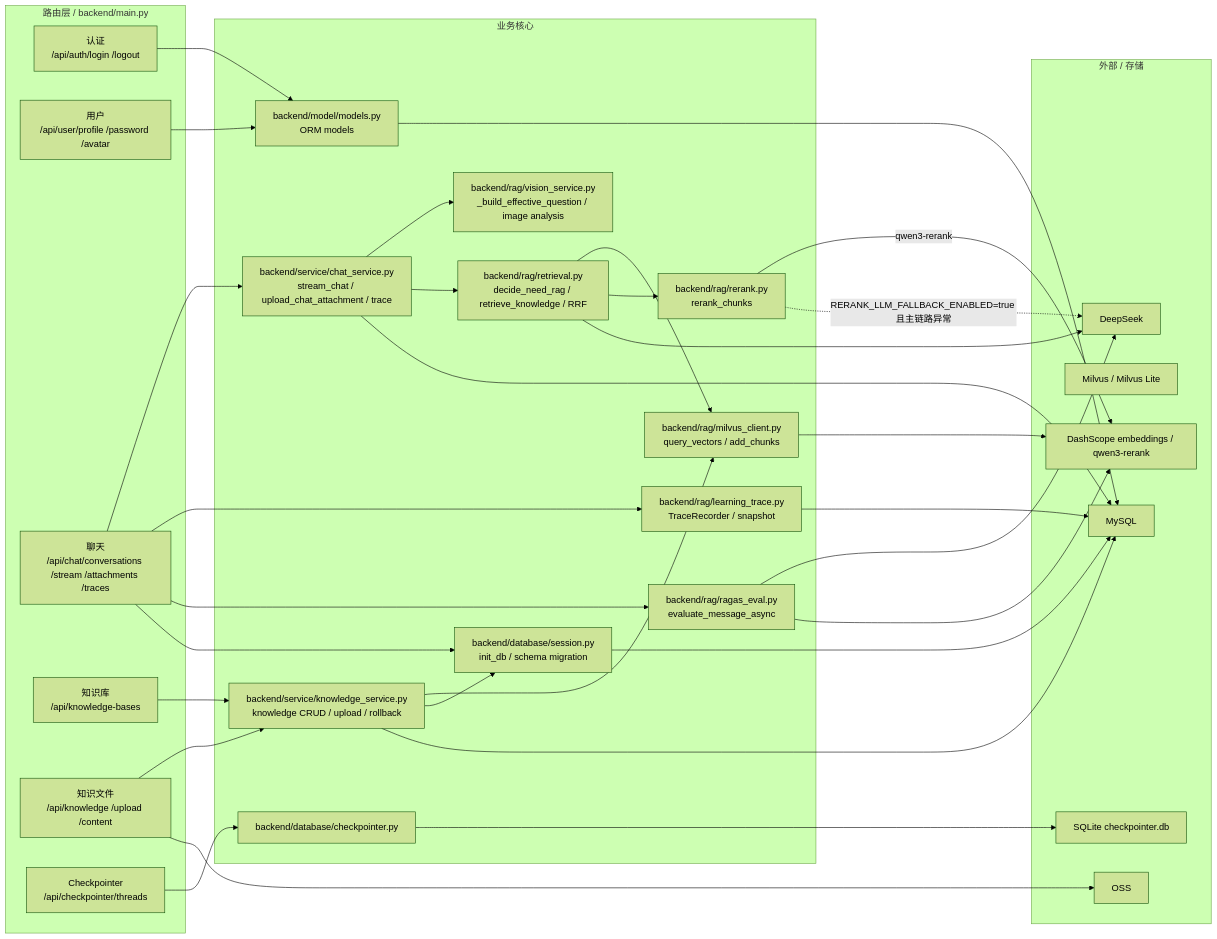
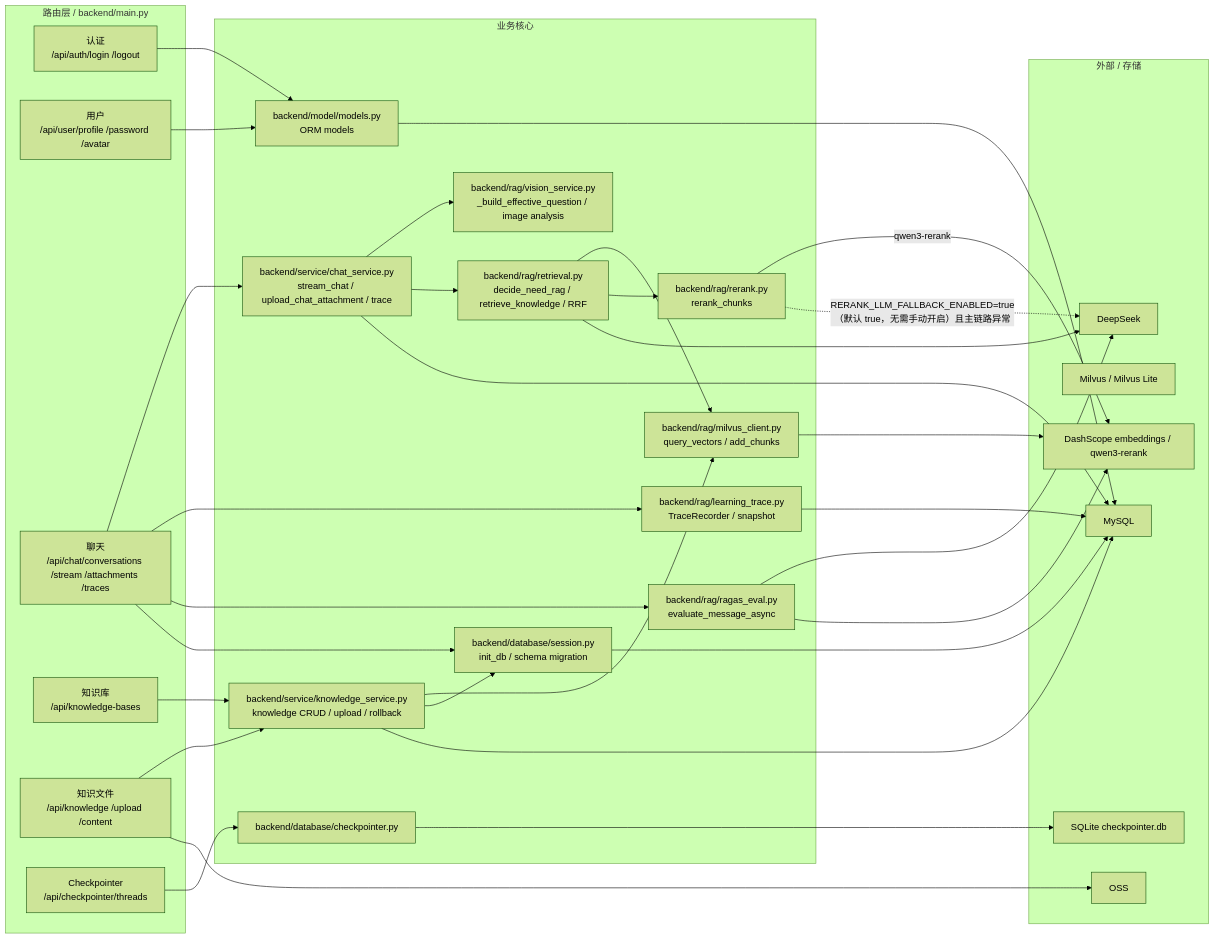
The third of 8 diagrams in docs/PROJECT_ARCHITECTURE_FULL.md (baiye-banned/Agent_about_answer), drawn with Mermaid (forest theme) before and after one commit. The commit also changed other lines of this file and 1 other file, not shown here.

First line of the commit message:
docs(rag): state the default of the rerank LLM fallback switch (#84)

````diff
--- a/docs/PROJECT_ARCHITECTURE_FULL.md
+++ b/docs/PROJECT_ARCHITECTURE_FULL.md
@@ -152,64 +152,64 @@
 ```mermaid
 flowchart LR
   subgraph Routes["路由层 / backend/main.py"]
     Auth["认证<br/>/api/auth/login /logout"]
     User["用户<br/>/api/user/profile /password /avatar"]
     Chat["聊天<br/>/api/chat/conversations /stream /attachments /traces"]
     KB["知识库<br/>/api/knowledge-bases"]
     Files["知识文件<br/>/api/knowledge /upload /content"]
     CheckpointerRoute["Checkpointer<br/>/api/checkpointer/threads"]
   end
 
   subgraph Core["业务核心"]
     DB["backend/database/session.py<br/>init_db / schema migration"]
     Models["backend/model/models.py<br/>ORM models"]
     ChatSvc["backend/service/chat_service.py<br/>stream_chat / upload_chat_attachment / trace"]
     KnowledgeSvc["backend/service/knowledge_service.py<br/>knowledge CRUD / upload / rollback"]
     VisionSvc["backend/rag/vision_service.py<br/>_build_effective_question / image analysis"]
     Retrieval["backend/rag/retrieval.py<br/>decide_need_rag / retrieve_knowledge / RRF"]
     RerankSvc["backend/rag/rerank.py<br/>rerank_chunks"]
     MilvusClient["backend/rag/milvus_client.py<br/>query_vectors / add_chunks"]
     Trace["backend/rag/learning_trace.py<br/>TraceRecorder / snapshot"]
     Ragas["backend/rag/ragas_eval.py<br/>evaluate_message_async"]
     Checkpointer["backend/database/checkpointer.py"]
   end
 
   subgraph Services["外部 / 存储"]
     MySQL["MySQL"]
     Milvus["Milvus / Milvus Lite"]
     OSS["OSS"]
     DeepSeek["DeepSeek"]
     DashScope["DashScope embeddings / qwen3-rerank"]
     SQLite["SQLite checkpointer.db"]
   end
 
   Auth --> Models
   User --> Models
   Chat --> ChatSvc
   KB --> KnowledgeSvc
   Files --> KnowledgeSvc
   ChatSvc --> VisionSvc
   ChatSvc --> Retrieval
   KnowledgeSvc --> MilvusClient
   KnowledgeSvc --> DB
   Retrieval --> MilvusClient
   Retrieval --> RerankSvc
   RerankSvc -->|"qwen3-rerank"| DashScope
-  RerankSvc -.->|"RERANK_LLM_FALLBACK_ENABLED=true 且主链路异常"| DeepSeek
+  RerankSvc -.->|"RERANK_LLM_FALLBACK_ENABLED=true（默认 true，无需手动开启）且主链路异常"| DeepSeek
   Chat --> Trace
   Chat --> Ragas
   Chat --> DB
   CheckpointerRoute --> Checkpointer
 
   DB --> MySQL
   Models --> MySQL
   ChatSvc --> MySQL
   KnowledgeSvc --> MySQL
   Retrieval --> DeepSeek
   MilvusClient --> DashScope
   Trace --> MySQL
   Ragas --> DeepSeek
   Ragas --> DashScope
   Checkpointer --> SQLite
   Files --> OSS
 ```
````
